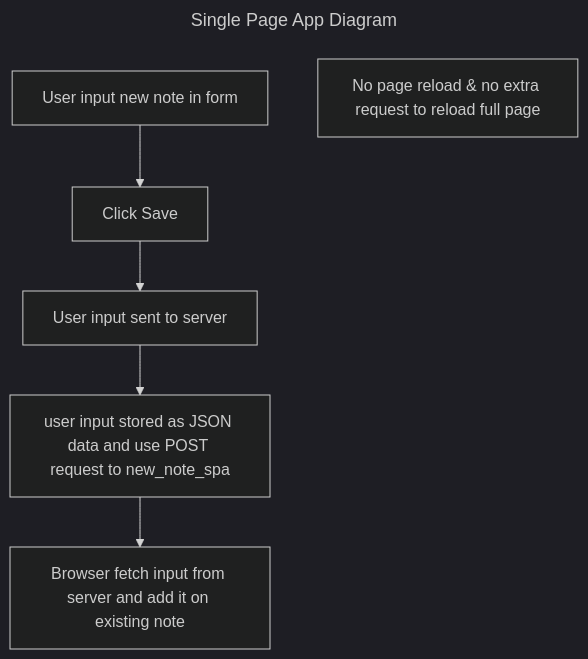
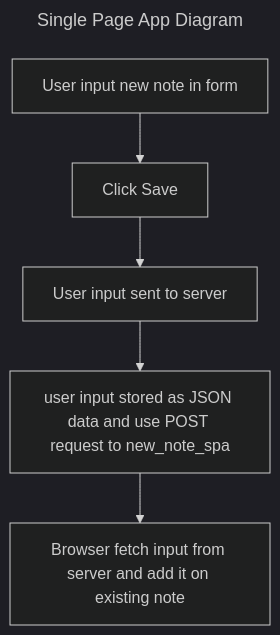
One commit to edocode20/FullStackOpen changed the diagram in part 0/SinglePageAppDiagram.md. Above: the diagram before and after it, drawn with Mermaid (dark theme).

````diff
--- a/part 0/SinglePageAppDiagram.md
+++ b/part 0/SinglePageAppDiagram.md
@@ -1,14 +1,14 @@
 ```mermaid
 ---
 title: Single Page App Diagram
 ---
 flowchart TD
 
 A["User input new note in form"]-->
 B["Click Save"]-->
 C["User input sent to server"]-->
 D["user input stored as JSON data and use POST request to new_note_spa"]-->
 E["Browser fetch input from server and add it on existing note"]
-F["No page reload & no extra request to reload full page"]
+%%F["No page reload & no extra request to reload full page"]
 
 ```
````
